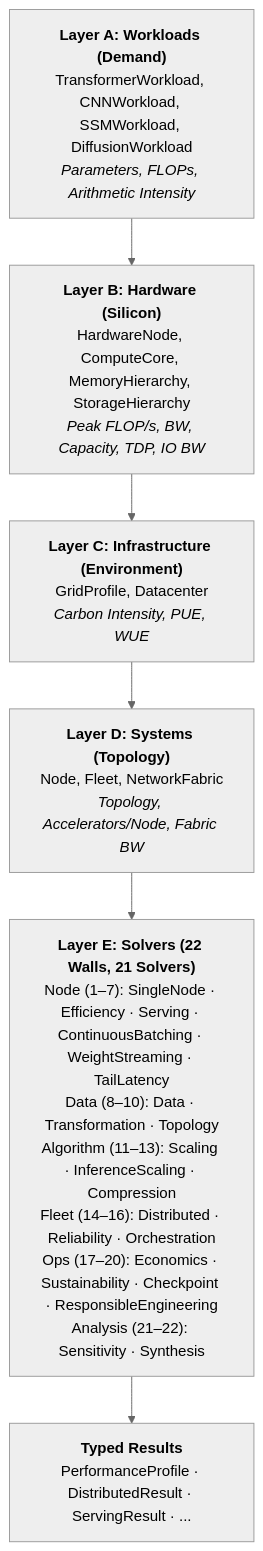
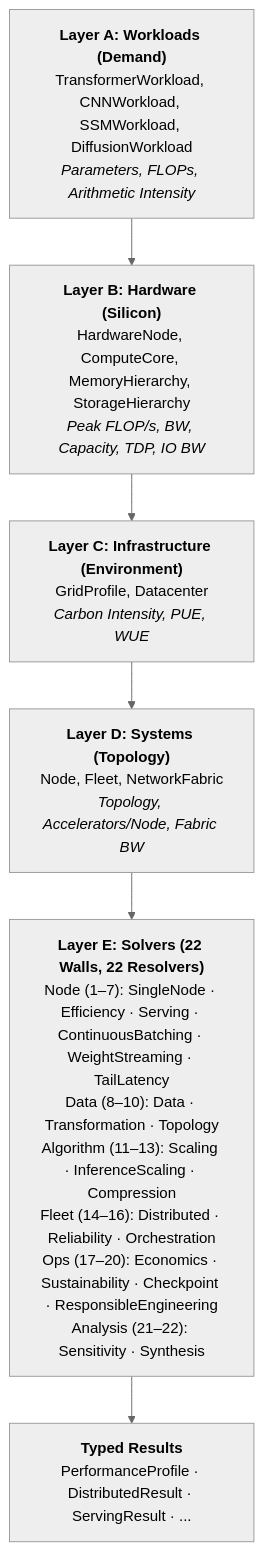
Before and after one commit to harvard-edge/cs249r_book: the diagram in mlsysim/docs/architecture.qmd, drawn with Mermaid. The commit also changed other lines of this file and 81 other files, not shown here.

````diff
--- a/mlsysim/docs/architecture.qmd
+++ b/mlsysim/docs/architecture.qmd
@@ -17,18 +17,18 @@
 ```{mermaid}
 %%{init: {'theme': 'neutral'}}%%
 %%| fig-cap: "The MLSys·im 5-Layer Stack. Workloads (demand) are lowered onto Hardware (supply) through Infrastructure and Systems layers. Solvers bridge demand and supply to produce analytical profiles."
 %%| fig-width: 100%
 flowchart TB
     A["<b>Layer A: Workloads (Demand)</b><br/>TransformerWorkload, CNNWorkload, SSMWorkload, DiffusionWorkload<br/><i>Parameters, FLOPs, Arithmetic Intensity</i>"]
     B["<b>Layer B: Hardware (Silicon)</b><br/>HardwareNode, ComputeCore, MemoryHierarchy, StorageHierarchy<br/><i>Peak FLOP/s, BW, Capacity, TDP, IO BW</i>"]
     C["<b>Layer C: Infrastructure (Environment)</b><br/>GridProfile, Datacenter<br/><i>Carbon Intensity, PUE, WUE</i>"]
     D["<b>Layer D: Systems (Topology)</b><br/>Node, Fleet, NetworkFabric<br/><i>Topology, Accelerators/Node, Fabric BW</i>"]
-    E["<b>Layer E: Solvers (22 Walls, 21 Solvers)</b><br/>Node (1–7): SingleNode · Efficiency · Serving · ContinuousBatching · WeightStreaming · TailLatency<br/>Data (8–10): Data · Transformation · Topology<br/>Algorithm (11–13): Scaling · InferenceScaling · Compression<br/>Fleet (14–16): Distributed · Reliability · Orchestration<br/>Ops (17–20): Economics · Sustainability · Checkpoint · ResponsibleEngineering<br/>Analysis (21–22): Sensitivity · Synthesis"]
+    E["<b>Layer E: Solvers (22 Walls, 22 Resolvers)</b><br/>Node (1–7): SingleNode · Efficiency · Serving · ContinuousBatching · WeightStreaming · TailLatency<br/>Data (8–10): Data · Transformation · Topology<br/>Algorithm (11–13): Scaling · InferenceScaling · Compression<br/>Fleet (14–16): Distributed · Reliability · Orchestration<br/>Ops (17–20): Economics · Sustainability · Checkpoint · ResponsibleEngineering<br/>Analysis (21–22): Sensitivity · Synthesis"]
     F["<b>Typed Results</b><br/>PerformanceProfile · DistributedResult · ServingResult · ..."]
 
     A --> B
     B --> C
     C --> D
     D --> E
     E --> F
 ```
````
